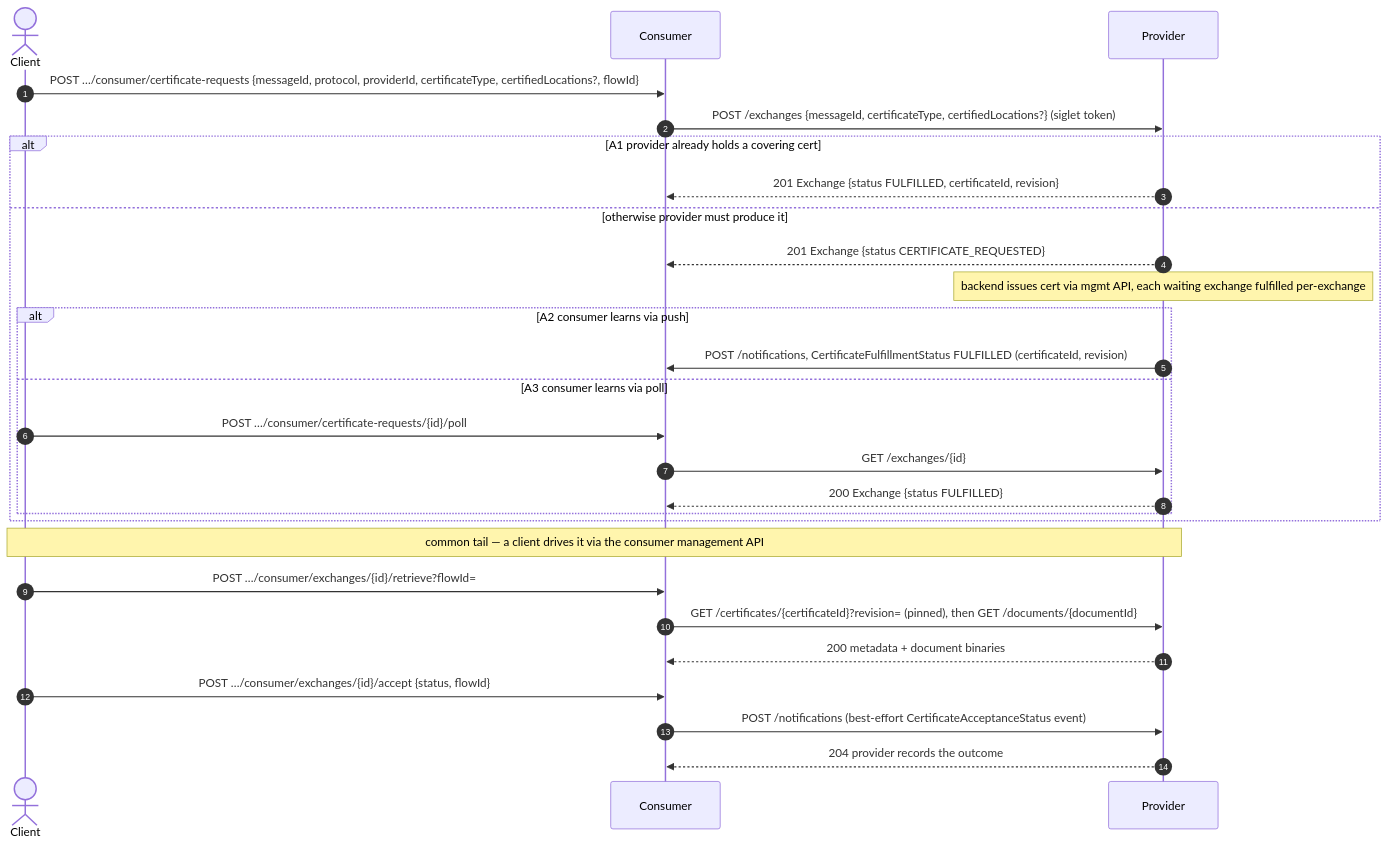
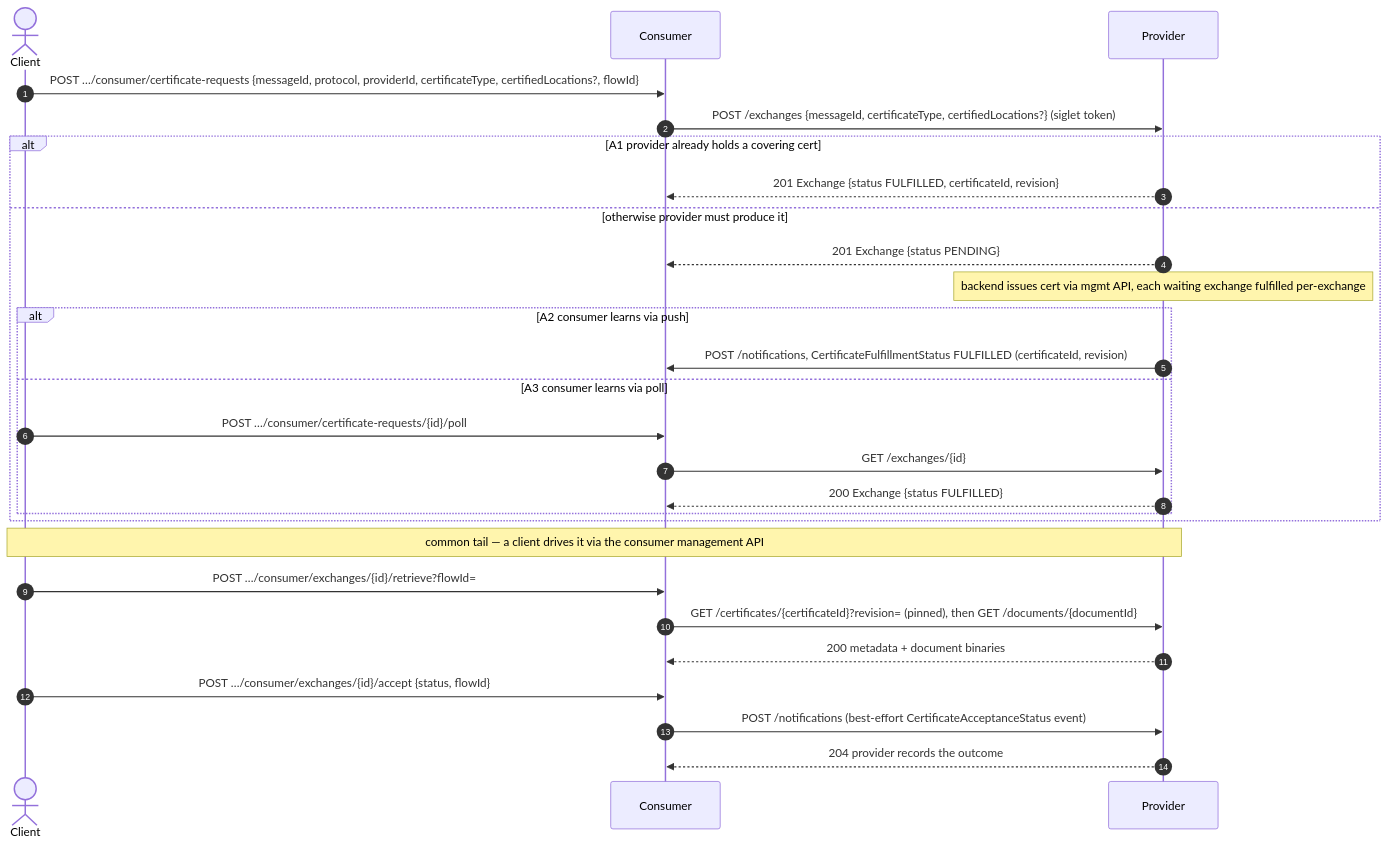
The second of 5 diagrams in docs/FLOWS.md (Metaform/certo), drawn with Mermaid before and after one commit. The commit also changed other lines of this file and 25 other files, not shown here.

````diff
--- a/docs/FLOWS.md
+++ b/docs/FLOWS.md
@@ -78,29 +76,29 @@
 ```mermaid
 sequenceDiagram
     autonumber
     actor T as Client
     participant C as Consumer
     participant P as Provider
     T->>C: POST …/consumer/certificate-requests {messageId, protocol, providerId, certificateType, certifiedLocations?, flowId}
     C->>P: POST /exchanges {messageId, certificateType, certifiedLocations?} (siglet token)
     alt A1 provider already holds a covering cert
         P-->>C: 201 Exchange {status FULFILLED, certificateId, revision}
     else otherwise provider must produce it
-        P-->>C: 201 Exchange {status CERTIFICATE_REQUESTED}
+        P-->>C: 201 Exchange {status PENDING}
         Note over P: backend issues cert via mgmt API, each waiting exchange fulfilled per-exchange
         alt A2 consumer learns via push
             P->>C: POST /notifications, CertificateFulfillmentStatus FULFILLED (certificateId, revision)
         else A3 consumer learns via poll
             T->>C: POST …/consumer/certificate-requests/{id}/poll
             C->>P: GET /exchanges/{id}
             P-->>C: 200 Exchange {status FULFILLED}
         end
     end
     Note over T,P: common tail — a client drives it via the consumer management API
     T->>C: POST …/consumer/exchanges/{id}/retrieve?flowId=
     C->>P: GET /certificates/{certificateId}?revision= (pinned), then GET /documents/{documentId}
     P-->>C: 200 metadata + document binaries
     T->>C: POST …/consumer/exchanges/{id}/accept {status, flowId}
     C->>P: POST /notifications (best-effort CertificateAcceptanceStatus event)
     P-->>C: 204 provider records the outcome
 ```
````
